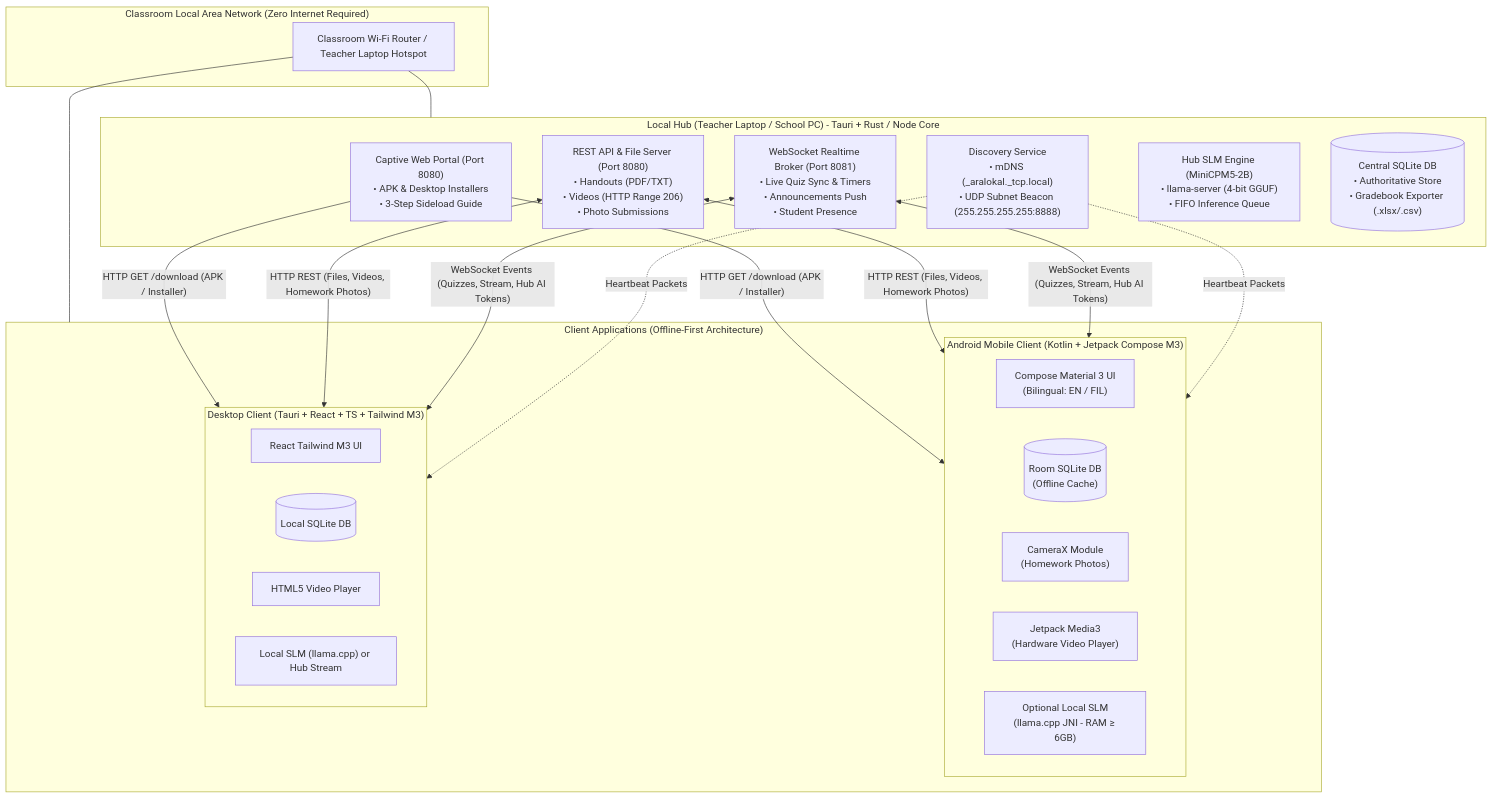
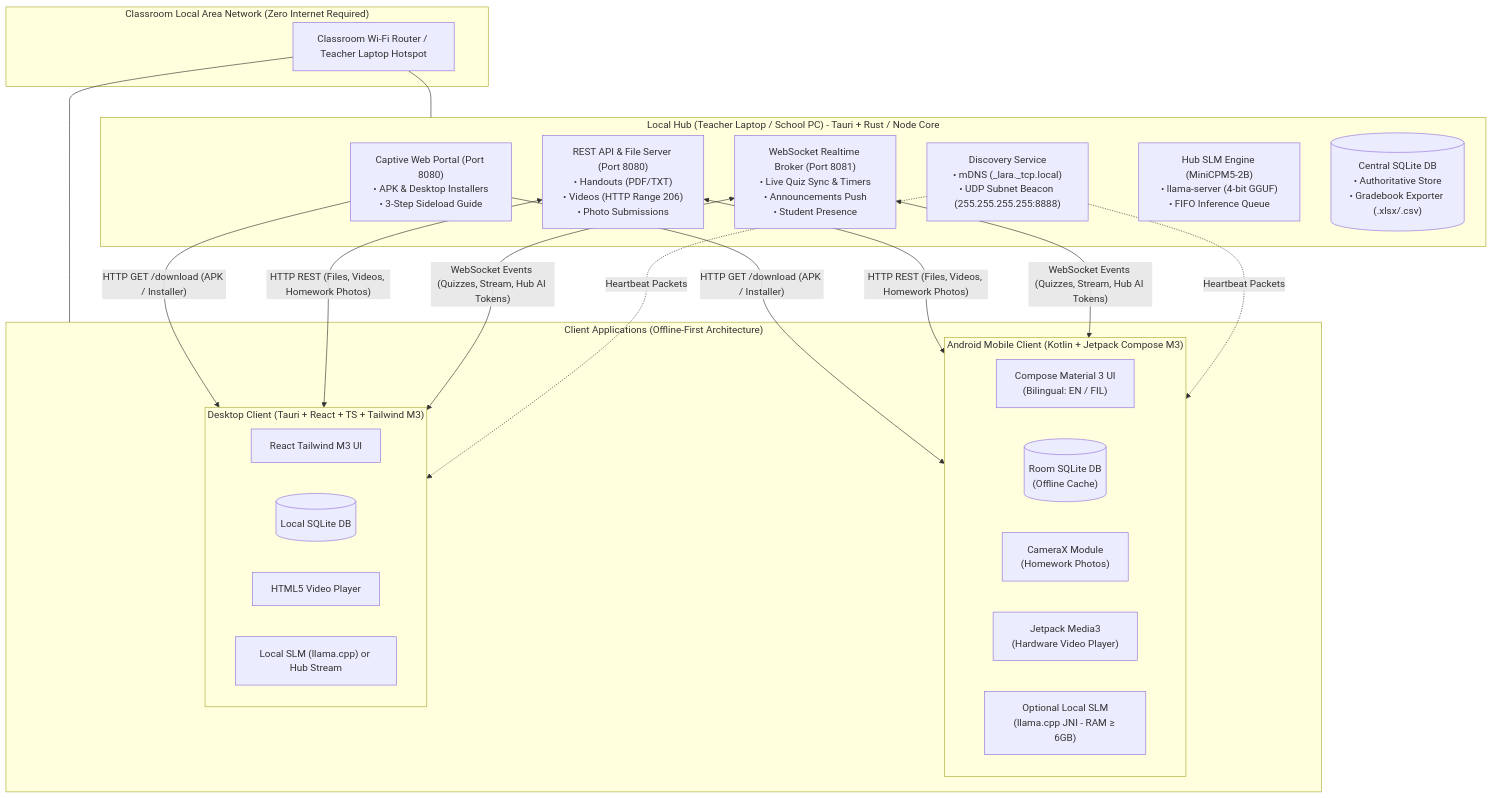
Before and after one commit to BootlegYouki/AraLokal: the first of 5 diagrams in PRD.md, drawn with Mermaid. The commit also changed other lines of this file and 4 other files, not shown here.

````diff
--- a/PRD.md
+++ b/PRD.md
@@ -45,40 +45,40 @@
 ```mermaid
 flowchart TD
  subgraph RouterArea["Classroom Local Area Network (Zero Internet Required)"]
  Router["Classroom Wi-Fi Router / Teacher Laptop Hotspot"]
  end
 
  subgraph HubServer["Local Hub (Teacher Laptop / School PC) - Tauri + Rust / Node Core"]
  Captive["Captive Web Portal (Port 8080)<br/>• APK & Desktop Installers<br/>• 3-Step Sideload Guide"]
  RestEngine["REST API & File Server (Port 8080)<br/>• Handouts (PDF/TXT)<br/>• Videos (HTTP Range 206)<br/>• Photo Submissions"]
  WsBroker["WebSocket Realtime Broker (Port 8081)<br/>• Live Quiz Sync & Timers<br/>• Announcements Push<br/>• Student Presence"]
- Discovery["Discovery Service<br/>• mDNS (_aralokal._tcp.local)<br/>• UDP Subnet Beacon (255.255.255.255:8888)"]
+ Discovery["Discovery Service<br/>• mDNS (_lara._tcp.local)<br/>• UDP Subnet Beacon (255.255.255.255:8888)"]
  HubAI["Hub SLM Engine (MiniCPM5-2B)<br/>• llama-server (4-bit GGUF)<br/>• FIFO Inference Queue"]
  CentralDB[("Central SQLite DB<br/>• Authoritative Store<br/>• Gradebook Exporter (.xlsx/.csv)")]
  end
 
  subgraph ClientApps["Client Applications (Offline-First Architecture)"]
  subgraph AndroidClient["Android Mobile Client (Kotlin + Jetpack Compose M3)"]
  DroidUI["Compose Material 3 UI<br/>(Bilingual: EN / FIL)"]
  DroidRoom[("Room SQLite DB<br/>(Offline Cache)")]
  DroidCam["CameraX Module<br/>(Homework Photos)"]
  DroidMedia["Jetpack Media3<br/>(Hardware Video Player)"]
  DroidAI["Optional Local SLM<br/>(llama.cpp JNI - RAM ≥ 6GB)"]
  end
 
  subgraph DesktopClient["Desktop Client (Tauri + React + TS + Tailwind M3)"]
  DeskUI["React Tailwind M3 UI"]
  DeskSQLite[("Local SQLite DB")]
  DeskVideo["HTML5 Video Player"]
  DeskAI["Local SLM (llama.cpp) or Hub Stream"]
  end
  end
 
  Router --- HubServer
  Router --- ClientApps
 
  Captive -->|"HTTP GET /download (APK / Installer)"| AndroidClient & DesktopClient
  RestEngine <-->|"HTTP REST (Files, Videos, Homework Photos)"| AndroidClient & DesktopClient
  WsBroker <-->|"WebSocket Events (Quizzes, Stream, Hub AI Tokens)"| AndroidClient & DesktopClient
  Discovery -.->|"Heartbeat Packets"| AndroidClient & DesktopClient
 ```
````
